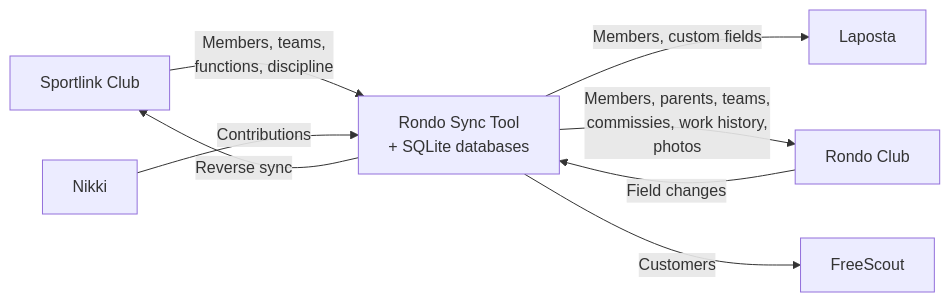
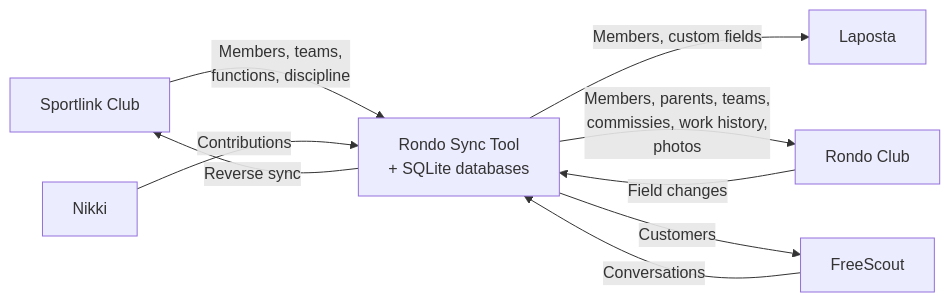
One commit to RondoHQ/developer changed the diagram in src/content/docs/sync/architecture.md. Above: the diagram before and after it, drawn with Mermaid. The commit also changed other lines of this file and 9 other files, not shown here.

````diff
--- a/src/content/docs/sync/architecture.md
+++ b/src/content/docs/sync/architecture.md
@@ -9,17 +9,18 @@
 ```mermaid
 graph LR
     SL[Sportlink Club]
     NK[Nikki]
     SYNC[Rondo Sync Tool<br>+ SQLite databases]
     ST[Rondo Club]
     LP[Laposta]
     FS[FreeScout]
 
     SL -->|Members, teams,<br>functions, discipline| SYNC
     NK -->|Contributions| SYNC
     SYNC -->|Members, custom fields| LP
     SYNC -->|Members, parents, teams,<br>commissies, work history,<br>photos| ST
     SYNC -->|Customers| FS
+    FS -->|Conversations| SYNC
     ST -->|Field changes| SYNC
     SYNC -->|Reverse sync| SL
 ```
````
